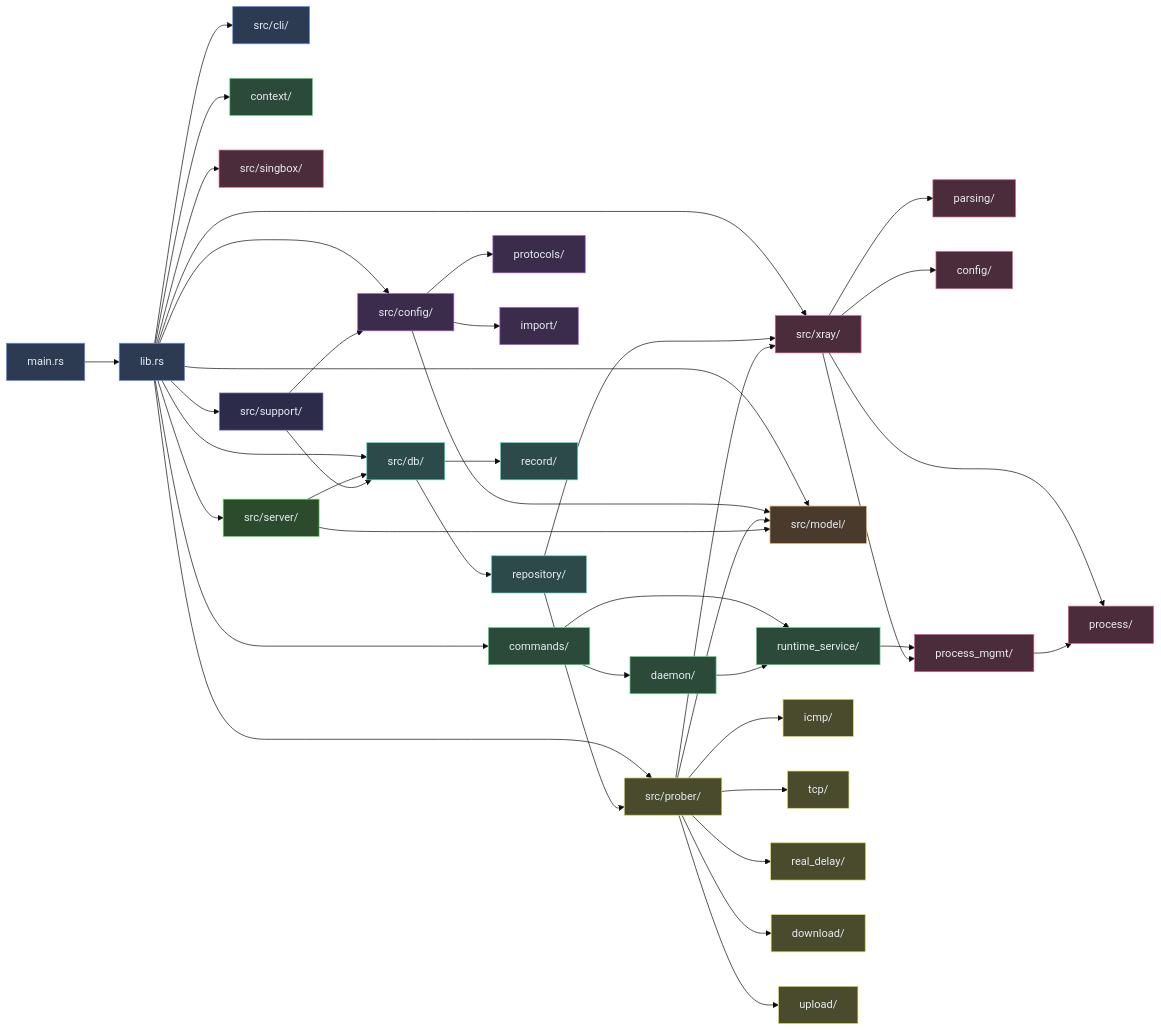
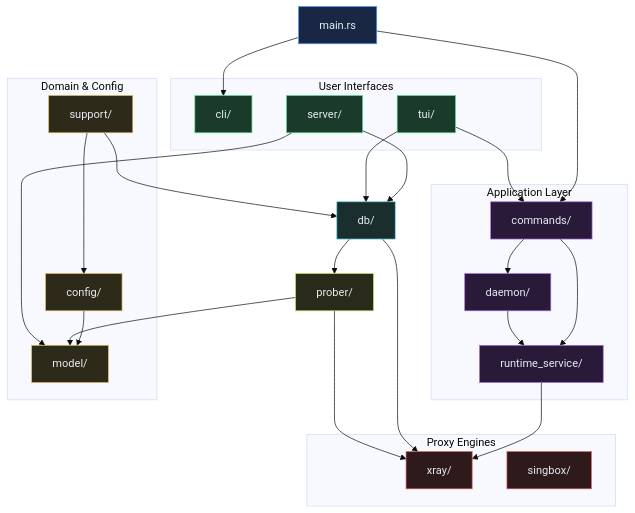
The first of 6 diagrams in docs/src/06-architecture/module-structure.md (mhyrzt/xrat), drawn with Mermaid (base theme) before and after one commit. The commit also changed other lines of this file and 16 other files, not shown here.

````diff
--- a/docs/src/06-architecture/module-structure.md
+++ b/docs/src/06-architecture/module-structure.md
@@ -9,98 +11,63 @@
 ```mermaid
-graph LR
-    classDef entry fill:#2c3a52,stroke:#5b8def,color:#e6edf3
-    classDef cli fill:#2c3a52,stroke:#5b8def,color:#e6edf3
-    classDef app fill:#2c4a3a,stroke:#5bdf8a,color:#e6edf3
-    classDef model fill:#4a3a2c,stroke:#dfa85b,color:#e6edf3
-    classDef cfg fill:#3a2c4a,stroke:#a85bdf,color:#e6edf3
-    classDef db fill:#2c4a4a,stroke:#5bdfd3,color:#e6edf3
-    classDef engine fill:#4a2c3a,stroke:#df5b8a,color:#e6edf3
-    classDef prober fill:#4a4a2c,stroke:#dfdf5b,color:#e6edf3
-    classDef server fill:#2c4a2c,stroke:#5bdf5b,color:#e6edf3
-    classDef supp fill:#2c2c4a,stroke:#8a8adf,color:#e6edf3
+graph TB
+    classDef entry  fill:#1a2744,stroke:#4a9eff,color:#e6edf3
+    classDef iface  fill:#1a3a2a,stroke:#5bdf8a,color:#e6edf3
+    classDef app    fill:#2a1a3a,stroke:#b070df,color:#e6edf3
+    classDef domain fill:#2e2a1a,stroke:#dfba5b,color:#e6edf3
+    classDef store  fill:#1a2e2e,stroke:#5bcfdf,color:#e6edf3
+    classDef engine fill:#2e1a1a,stroke:#df6060,color:#e6edf3
+    classDef probe  fill:#2a2a1a,stroke:#c0df5b,color:#e6edf3
 
     main["main.rs"]:::entry
-    lib["lib.rs"]:::entry
 
-    cli["src/cli/"]:::cli
-    cmds["commands/"]:::app
-    rtsvc["runtime_service/"]:::app
-    daemon["daemon/"]:::app
-    ctx["context/"]:::app
+    subgraph ui["User Interfaces"]
+        cli["cli/"]:::iface
+        server["server/"]:::iface
+        tui["tui/"]:::iface
+    end
 
-    model["src/model/"]:::model
+    subgraph app_layer["Application Layer"]
+        cmds["commands/"]:::app
+        daemon["daemon/"]:::app
+        rtsvc["runtime_service/"]:::app
+    end
 
-    config["src/config/"]:::cfg
-    protos["protocols/"]:::cfg
-    import["import/"]:::cfg
+    subgraph domain_layer["Domain & Config"]
+        model["model/"]:::domain
+        config["config/"]:::domain
+        support["support/"]:::domain
+    end
 
-    db["src/db/"]:::db
-    repo["repository/"]:::db
-    record["record/"]:::db
+    db["db/"]:::store
 
-    xray["src/xray/"]:::engine
-    xparse["parsing/"]:::engine
-    xcfg["config/"]:::engine
-    xproc["process/"]:::engine
-    xpm["process_mgmt/"]:::engine
+    subgraph engine_layer["Proxy Engines"]
+        xray["xray/"]:::engine
+        singbox["singbox/"]:::engine
+    end
 
-    singbox["src/singbox/"]:::engine
+    prober["prober/"]:::probe
 
-    prober["src/prober/"]:::prober
-    picmp["icmp/"]:::prober
-    ptcp["tcp/"]:::prober
-    prd["real_delay/"]:::prober
-    pdl["download/"]:::prober
-    pul["upload/"]:::prober
-
-    server["src/server/"]:::server
-
-    support["src/support/"]:::supp
-
-    main --> lib
-    lib --> cli
-    lib --> cmds
-    lib --> ctx
-    lib --> model
-    lib --> config
-    lib --> db
-    lib --> xray
-    lib --> singbox
-    lib --> prober
-    lib --> server
-    lib --> support
+    main --> cli
+    main --> cmds
 
     cmds --> rtsvc
     cmds --> daemon
-    rtsvc --> xpm
     daemon --> rtsvc
+    rtsvc --> xray
 
-    config --> protos
-    config --> import
     config --> model
+    support --> config
+    support --> db
 
-    db --> repo
-    db --> record
-    repo --> xray
-    repo --> prober
+    db --> xray
+    db --> prober
 
-    xray --> xcfg
-    xray --> xparse
-    xray --> xproc
-    xray --> xpm
-    xpm --> xproc
-
-    prober --> picmp
-    prober --> ptcp
-    prober --> prd
-    prober --> pdl
-    prober --> pul
     prober --> xray
     prober --> model
 
     server --> db
     server --> model
 
-    support --> config
-    support --> db
+    tui --> cmds
+    tui --> db
 ```
````
